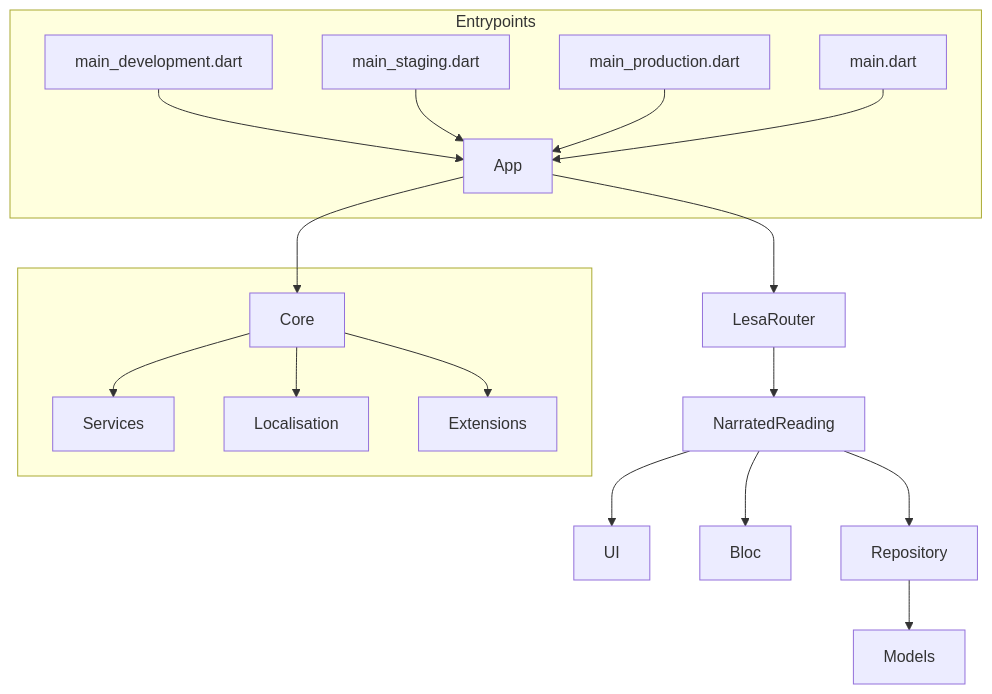
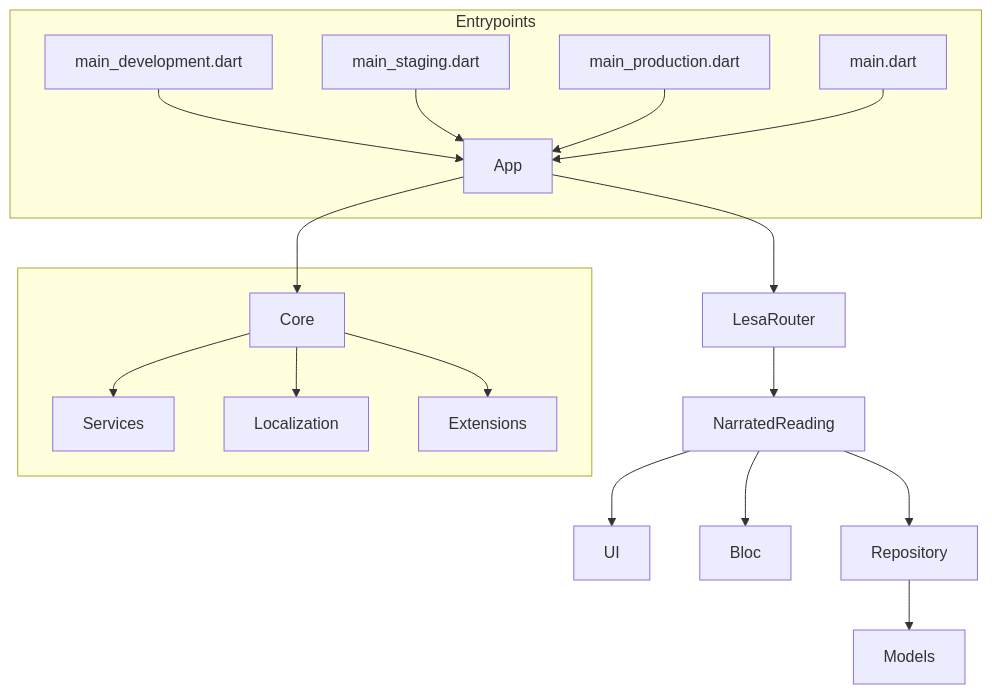
One commit to fuzzzer/lesa-test changed the first of 2 diagrams in README.md. Above: the diagram before and after it, drawn with Mermaid. The commit also changed other lines of this file, not shown here.

````diff
--- a/README.md
+++ b/README.md
@@ -9,24 +9,24 @@
 ```mermaid
 flowchart TD
   subgraph Entrypoints
     A1[main_development.dart] --> APP
     A2[main_staging.dart]     --> APP
     A3[main_production.dart]  --> APP
     A4[main.dart]             --> APP
   end
 
   APP[App] --> ROUTER[LesaRouter]
   APP --> CORE[Core]
   ROUTER --> FEATURE[NarratedReading]
 
   subgraph " "
     CORE --> SERVICES[Services]
-    CORE --> L10N[Localisation]
+    CORE --> L10N[Localization]
     CORE --> EXT[Extensions]
   end
 
   FEATURE --> UI[UI]
   FEATURE --> LOGIC[Bloc]
   FEATURE --> REPO[Repository]
   REPO --> MODELS[Models]
 ```
````
